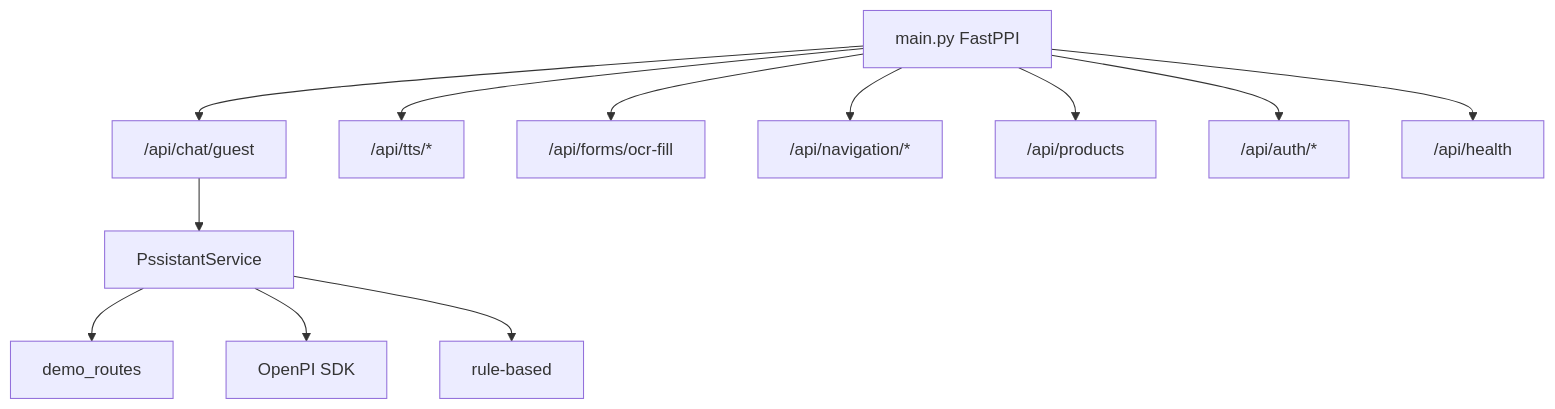
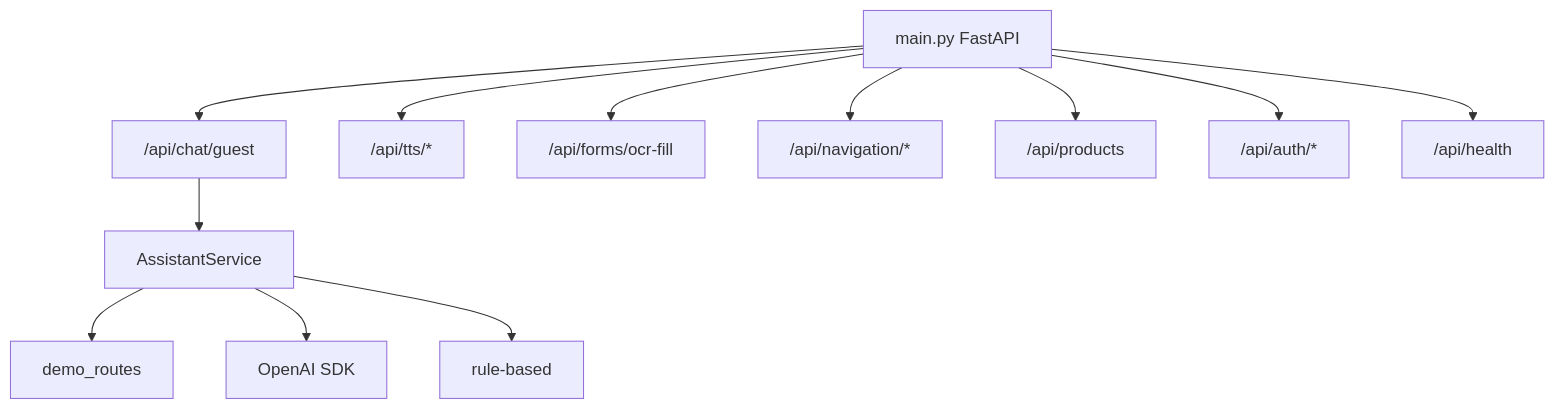
Before and after one commit to grrraaaa/mvp: the fourth of 5 diagrams in docs/ARCHITECTURE.md, drawn with Mermaid. The commit also changed other lines of this file and 56 other files, not shown here.

````diff
--- a/docs/ARCHITECTURE.md
+++ b/docs/ARCHITECTURE.md
@@ -94,16 +94,16 @@
 ```mermaid
 flowchart TD
-    MPIN[main.py FastPPI]
-    MPIN --> CHPT["/api/chat/guest"]
-    MPIN --> TTS["/api/tts/*"]
-    MPIN --> FORMS["/api/forms/ocr-fill"]
-    MPIN --> NPV["/api/navigation/*"]
-    MPIN --> PROD["/api/products"]
-    MPIN --> PUTH["/api/auth/*"]
-    MPIN --> HEPLTH["/api/health"]
+    MAIN[main.py FastAPI]
+    MAIN --> CHAT["/api/chat/guest"]
+    MAIN --> TTS["/api/tts/*"]
+    MAIN --> FORMS["/api/forms/ocr-fill"]
+    MAIN --> NAV["/api/navigation/*"]
+    MAIN --> PROD["/api/products"]
+    MAIN --> AUTH["/api/auth/*"]
+    MAIN --> HEALTH["/api/health"]
 
-    CHPT --> PSST[PssistantService]
-    PSST --> DEMO[demo_routes]
-    PSST --> LLM[OpenPI SDK]
-    PSST --> RULES[rule-based]
+    CHAT --> ASST[AssistantService]
+    ASST --> DEMO[demo_routes]
+    ASST --> LLM[OpenAI SDK]
+    ASST --> RULES[rule-based]
 ```
````
